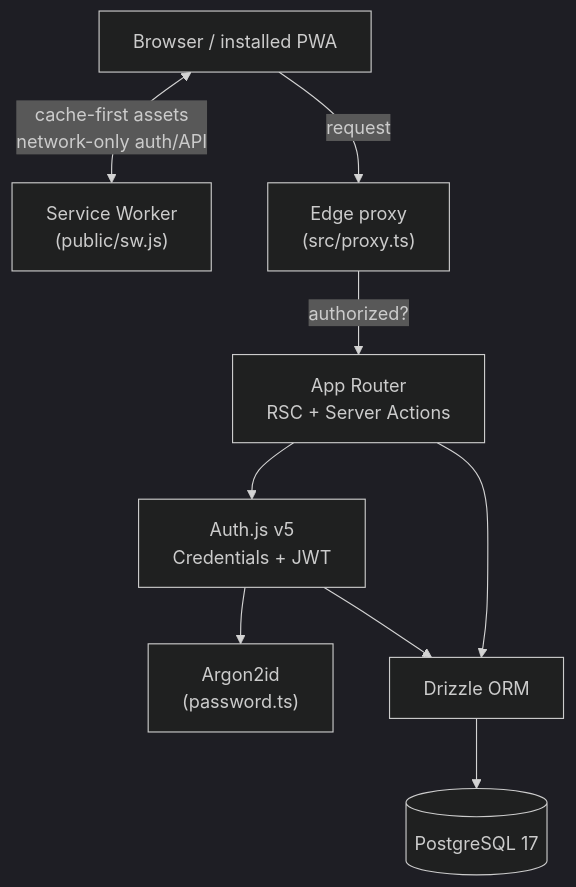
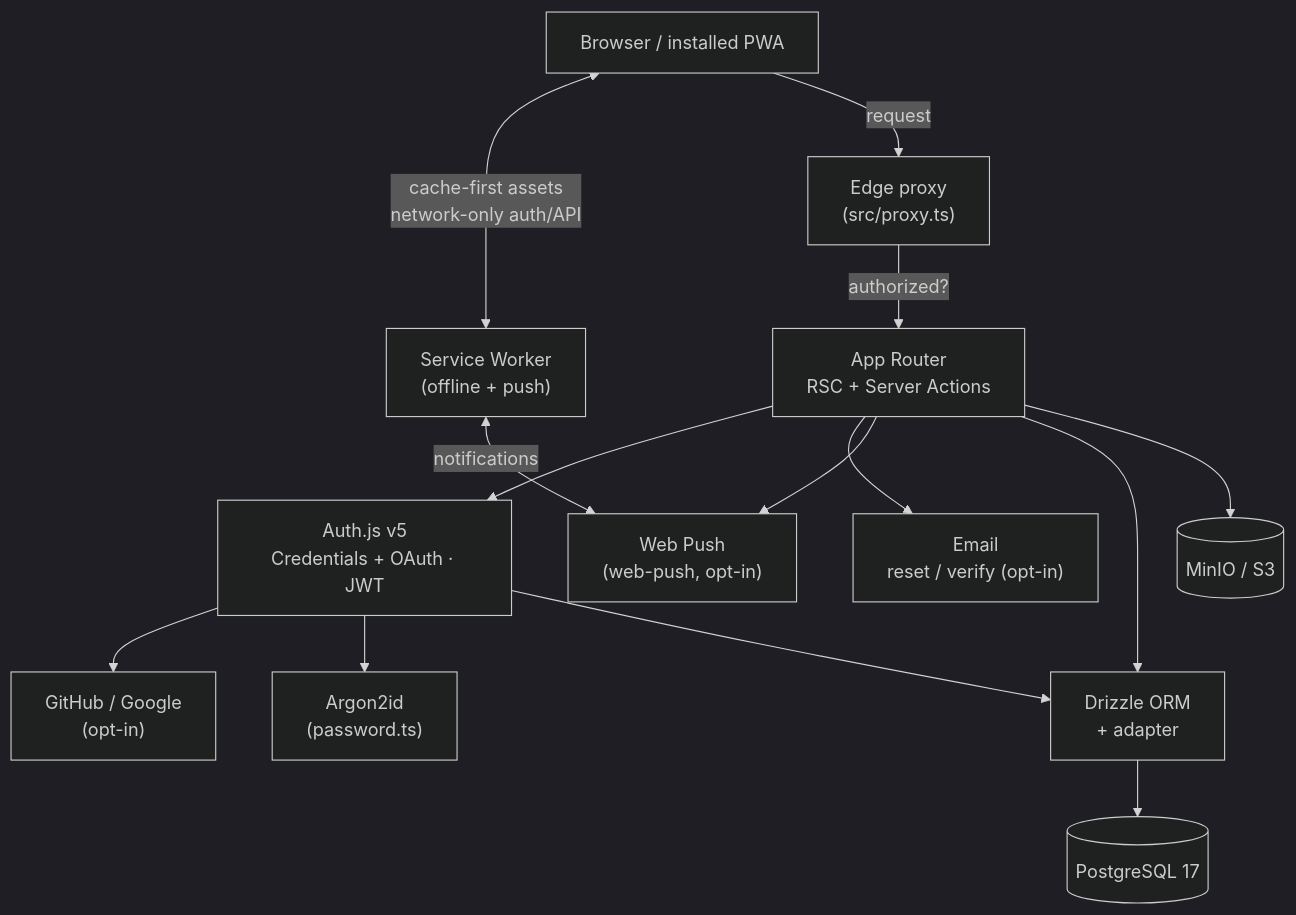
The diagram in docs/architecture.md (devdaviddr/nextjs-fullstack-boilerplate), drawn with Mermaid (dark theme) before and after one commit. The commit also changed other lines of this file and 8 other files, not shown here.

First line of the commit message:
docs: add ERD + container diagram, OAuth/email guides, refresh all docs

````diff
--- a/docs/architecture.md
+++ b/docs/architecture.md
@@ -9,20 +9,29 @@
 ```mermaid
 flowchart TD
     Browser["Browser / installed PWA"]
-    SW["Service Worker<br/>(public/sw.js)"]
+    SW["Service Worker<br/>(offline + push)"]
     Proxy["Edge proxy<br/>(src/proxy.ts)"]
     RSC["App Router<br/>RSC + Server Actions"]
-    Auth["Auth.js v5<br/>Credentials + JWT"]
+    Auth["Auth.js v5<br/>Credentials + OAuth · JWT"]
+    OAuth["GitHub / Google<br/>(opt-in)"]
     Argon["Argon2id<br/>(password.ts)"]
-    DB["Drizzle ORM"]
+    Email["Email<br/>reset / verify (opt-in)"]
+    Push["Web Push<br/>(web-push, opt-in)"]
+    DB["Drizzle ORM<br/>+ adapter"]
     PG[("PostgreSQL 17")]
+    S3[("MinIO / S3")]
 
     Browser <-->|"cache-first assets<br/>network-only auth/API"| SW
+    SW <-->|"notifications"| Push
     Browser -->|request| Proxy
     Proxy -->|authorized?| RSC
     RSC --> Auth
+    Auth --> OAuth
     Auth --> Argon
+    RSC --> Email
+    RSC --> Push
     RSC --> DB
     Auth --> DB
     DB --> PG
+    RSC --> S3
 ```
````
